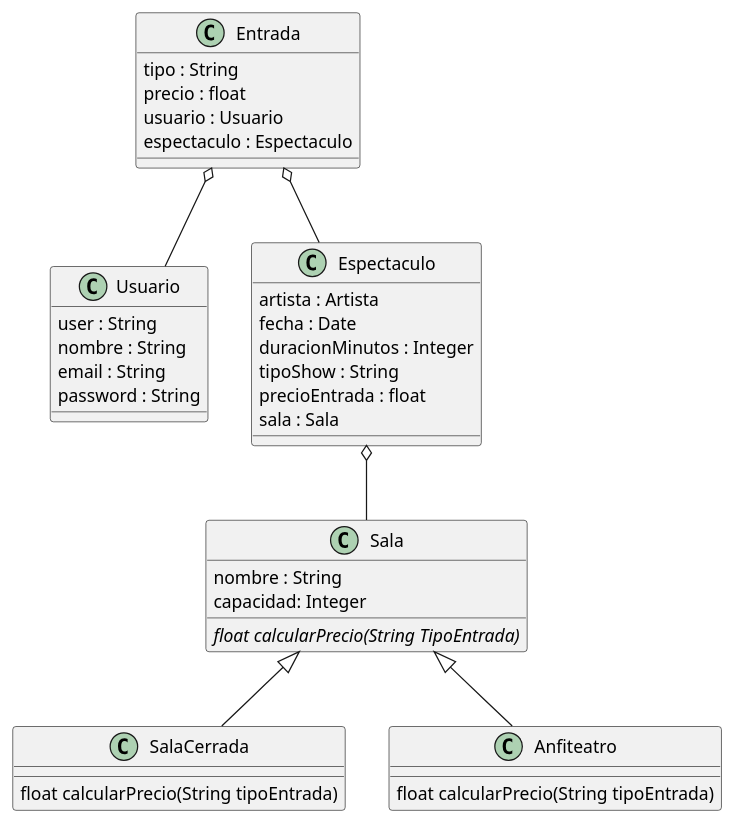
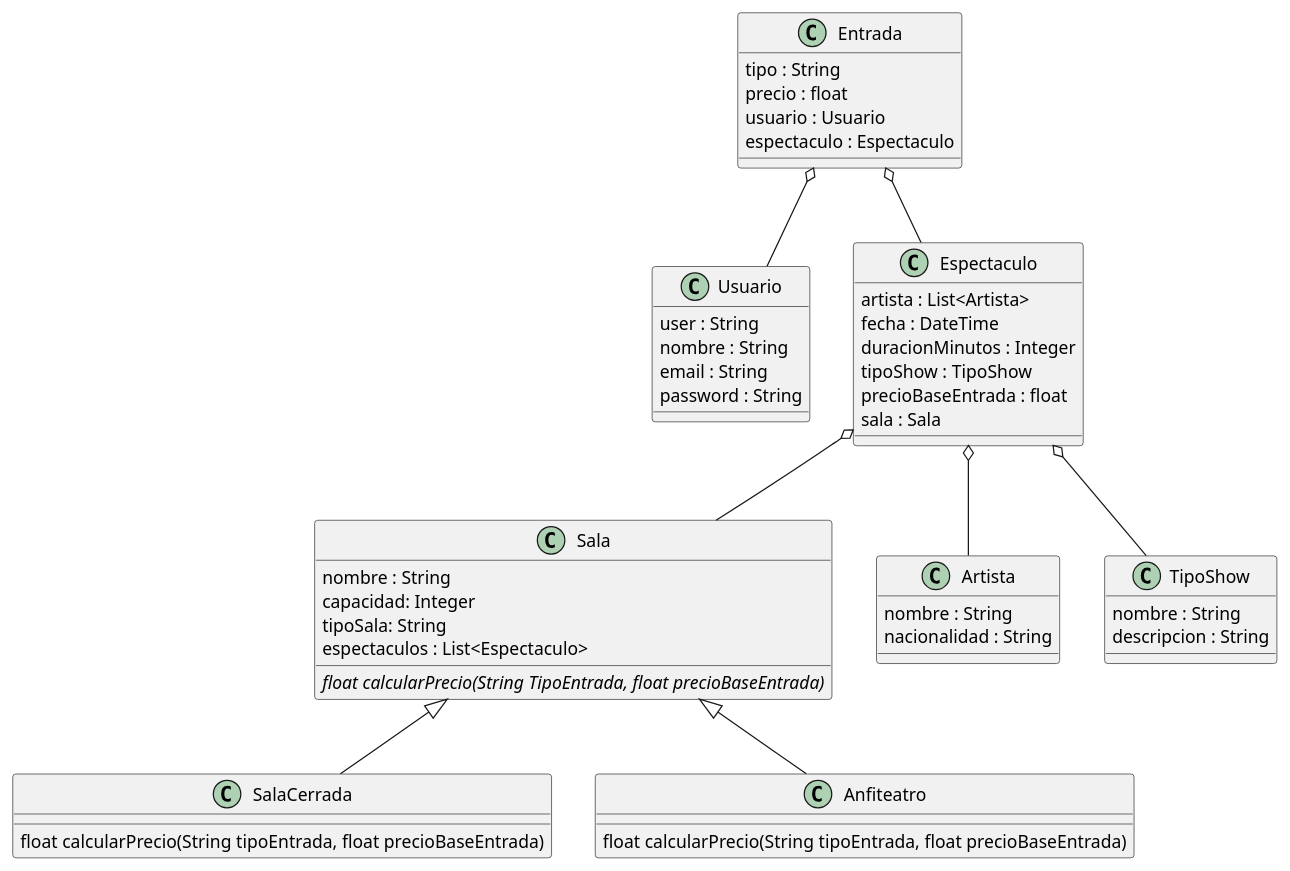
Before and after one commit to Guusu/TP_Tec_Avanz_Progr: the diagram in diagrams/classDiagram.wsd, drawn with PlantUML. The commit also changed 4 other files, not shown here.

```diff
--- a/diagrams/classDiagram.wsd
+++ b/diagrams/classDiagram.wsd
@@ -1,42 +1,55 @@
 @startuml
 Sala <|-- SalaCerrada
 Sala <|-- Anfiteatro
 Entrada o-- Usuario
 Entrada o-- Espectaculo
 Espectaculo o-- Sala
+Espectaculo o-- Artista
+Espectaculo o-- TipoShow
 
 class Usuario {
   user : String
   nombre : String
   email : String
   password : String
 }
 
 class Espectaculo {
-   artista : Artista
-   fecha : Date
+   artista : List<Artista>
+   fecha : DateTime
    duracionMinutos : Integer
-   tipoShow : String 
-   precioEntrada : float
+   tipoShow : TipoShow 
+   precioBaseEntrada : float
    sala : Sala
+}
+class TipoShow {
+    nombre : String
+    descripcion : String
+}
+
+class Artista{
+    nombre : String
+    nacionalidad : String
 }
 
 class Sala{
-  nombre : String 
-  capacidad: Integer
-  {abstract} float calcularPrecio(String TipoEntrada)
+    nombre : String 
+    capacidad: Integer
+    tipoSala: String
+  espectaculos : List<Espectaculo>
+  {abstract} float calcularPrecio(String TipoEntrada, float precioBaseEntrada)
 }
 class SalaCerrada {
-  float calcularPrecio(String tipoEntrada)
+  float calcularPrecio(String tipoEntrada, float precioBaseEntrada)
 }
 class Anfiteatro{
-  float calcularPrecio(String tipoEntrada)
+  float calcularPrecio(String tipoEntrada, float precioBaseEntrada)
 }
 class Entrada{
   tipo : String
   precio : float
   usuario : Usuario
   espectaculo : Espectaculo
 }
 
 @enduml
```
